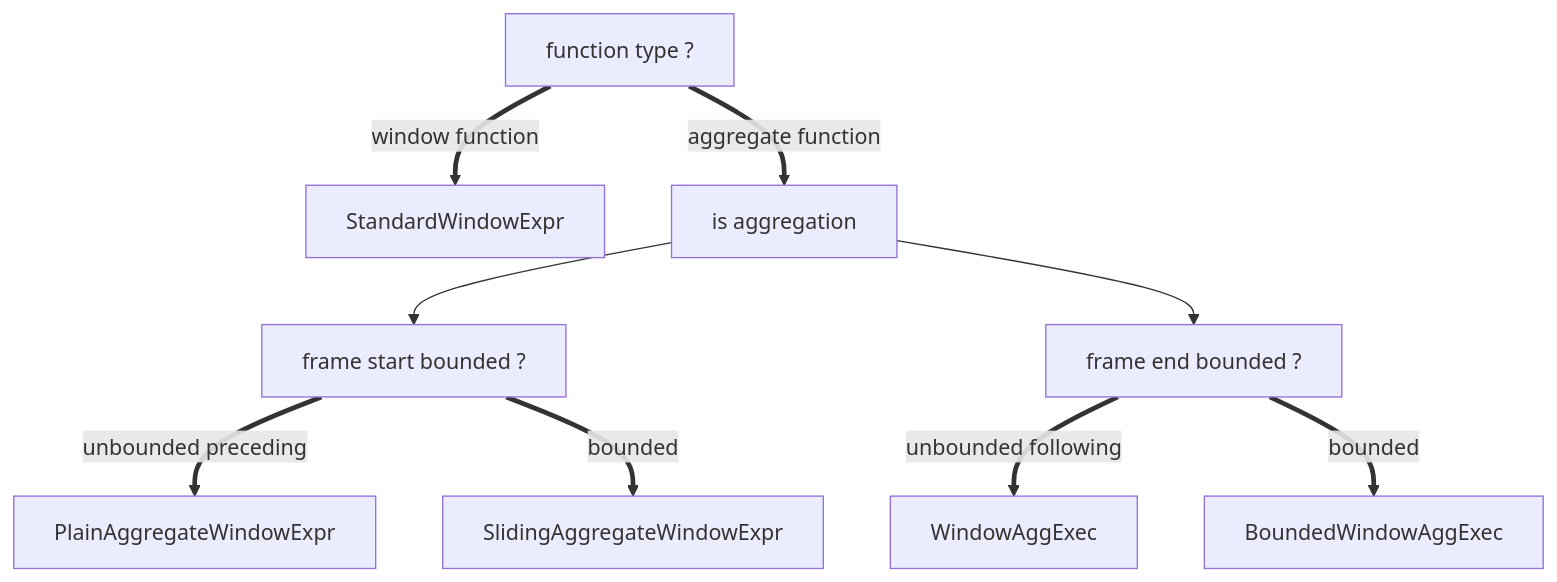
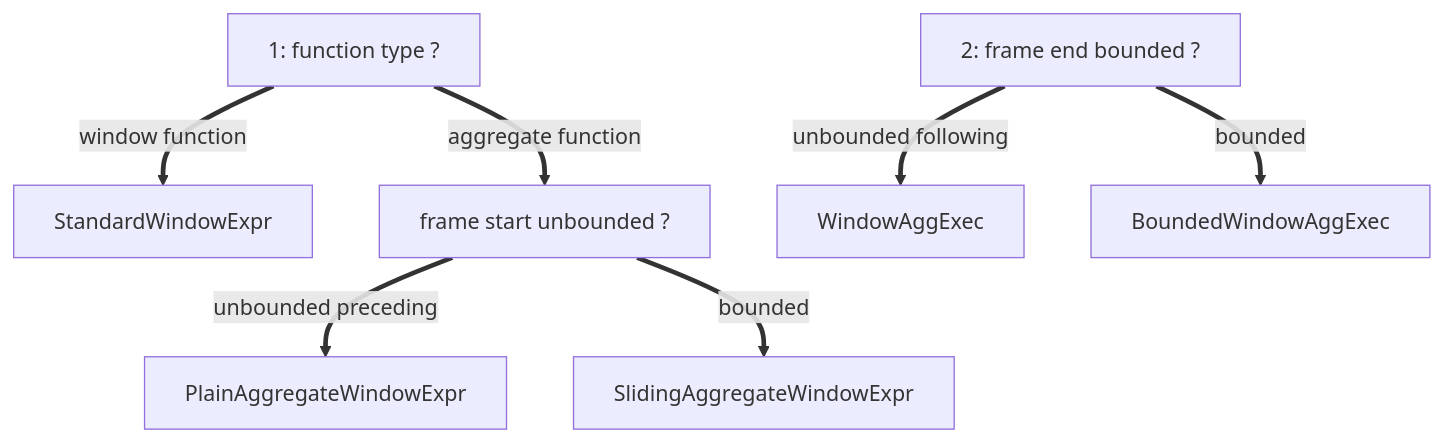
Before and after one commit to wangzaixiang/wangzaixiang.github.io: the third of 3 diagrams in books/learning/src/datafusion/window_function.md, drawn with Mermaid. The commit also changed other lines of this file, not shown here.

Commit message:
updating month 2025-05

````diff
--- a/books/learning/src/datafusion/window_function.md
+++ b/books/learning/src/datafusion/window_function.md
@@ -139,11 +141,10 @@
 ```mermaid
 flowchart TD
-    A[function type ?] == window function ==> StandardWindowExpr
-    A == aggregate function ==> A1[is aggregation]
-    A1 --> C[frame start bounded ?]
-    A1 --> B[frame end bounded ?]
-    B == unbounded following ==> WA[WindowAggExec]
-    B == bounded ==> BWA[BoundedWindowAggExec]    
+    A[ 1: function type ?] == window function ==> StandardWindowExpr
+    A == aggregate function ==> C[frame start unbounded ?]
+    A2[2: frame end bounded ?]
+    A2 == unbounded following ==> WA[WindowAggExec]
+    A2 == bounded ==> BWA[BoundedWindowAggExec]    
     C == unbounded preceding ==> plain[PlainAggregateWindowExpr]
     C == bounded ==> sliding[SlidingAggregateWindowExpr]
 ```
````
